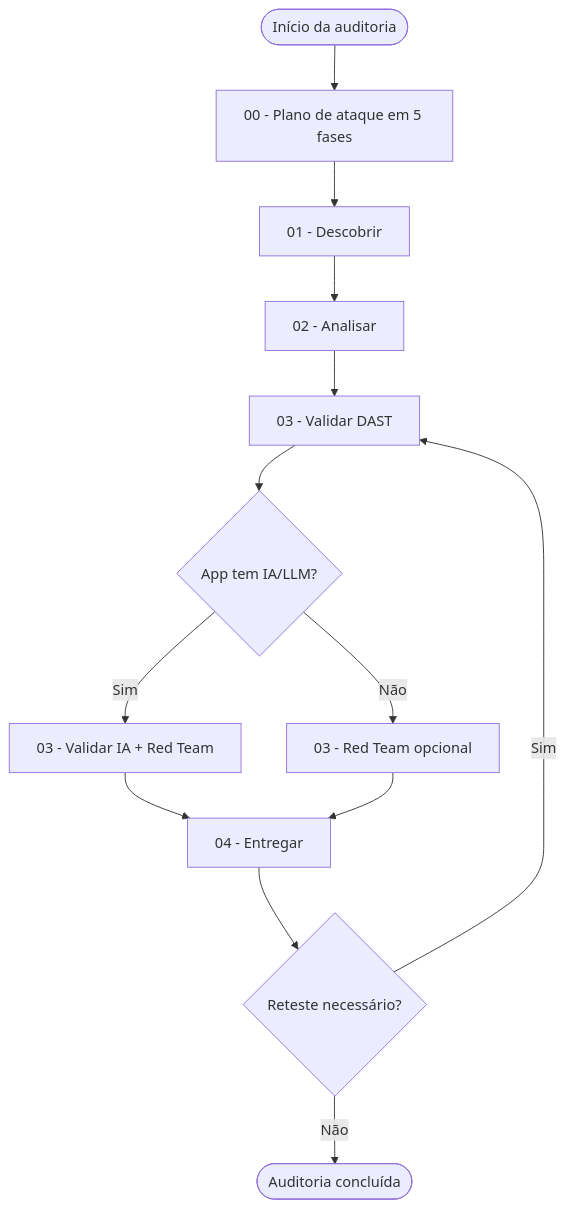
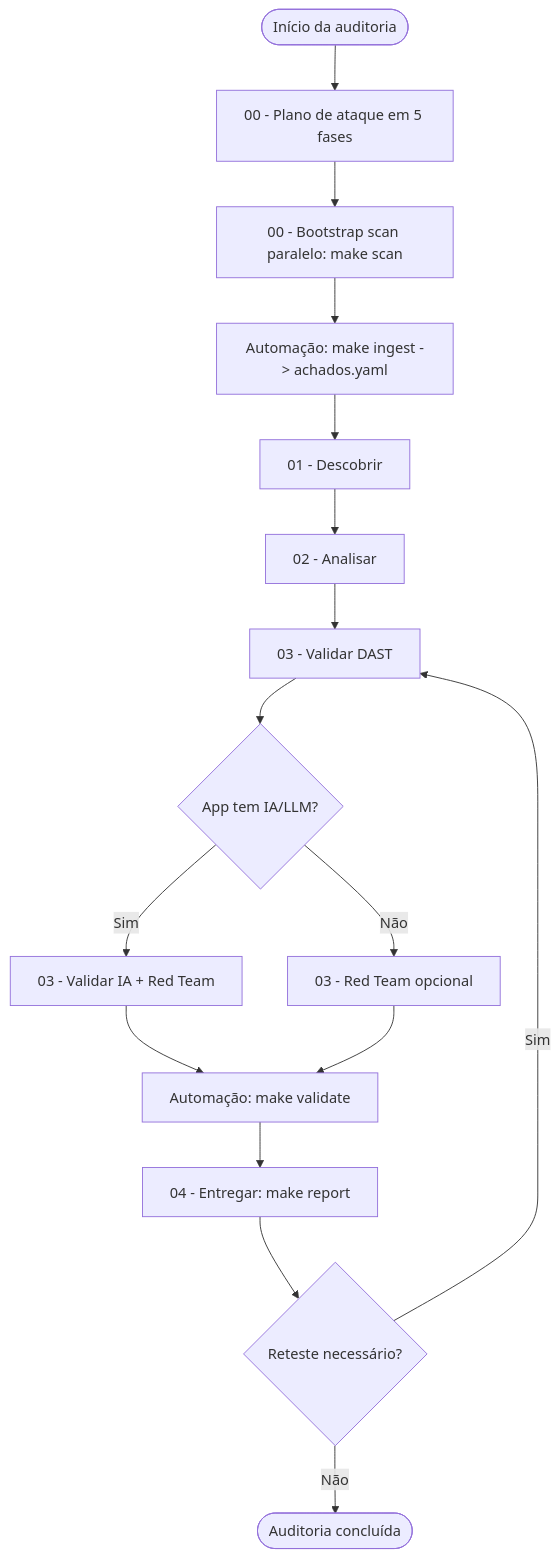
Before and after one commit to lrdeoliveira/security-audit-framework: the diagram in AUDITORIA.md, drawn with Mermaid. The commit also changed other lines of this file and 14 other files, not shown here.

````diff
--- a/AUDITORIA.md
+++ b/AUDITORIA.md
@@ -25,15 +27,18 @@
 ```mermaid
 flowchart TD
     START([Início da auditoria]) --> PLAN[00 - Plano de ataque em 5 fases]
-    PLAN --> D1[01 - Descobrir]
+    PLAN --> SCAN[00 - Bootstrap scan paralelo: make scan]
+    SCAN --> INGEST[Automação: make ingest -> achados.yaml]
+    INGEST --> D1[01 - Descobrir]
     D1 --> A2[02 - Analisar]
     A2 --> V3[03 - Validar DAST]
     V3 --> V4{App tem IA/LLM?}
     V4 -->|Sim| IA[03 - Validar IA + Red Team]
     V4 -->|Não| RT[03 - Red Team opcional]
-    IA --> E5[04 - Entregar]
-    RT --> E5
+    IA --> VAL[Automação: make validate]
+    RT --> VAL
+    VAL --> E5[04 - Entregar: make report]
     E5 --> RET{Reteste necessário?}
     RET -->|Sim| V3
     RET -->|Não| END([Auditoria concluída])
 ```
````
